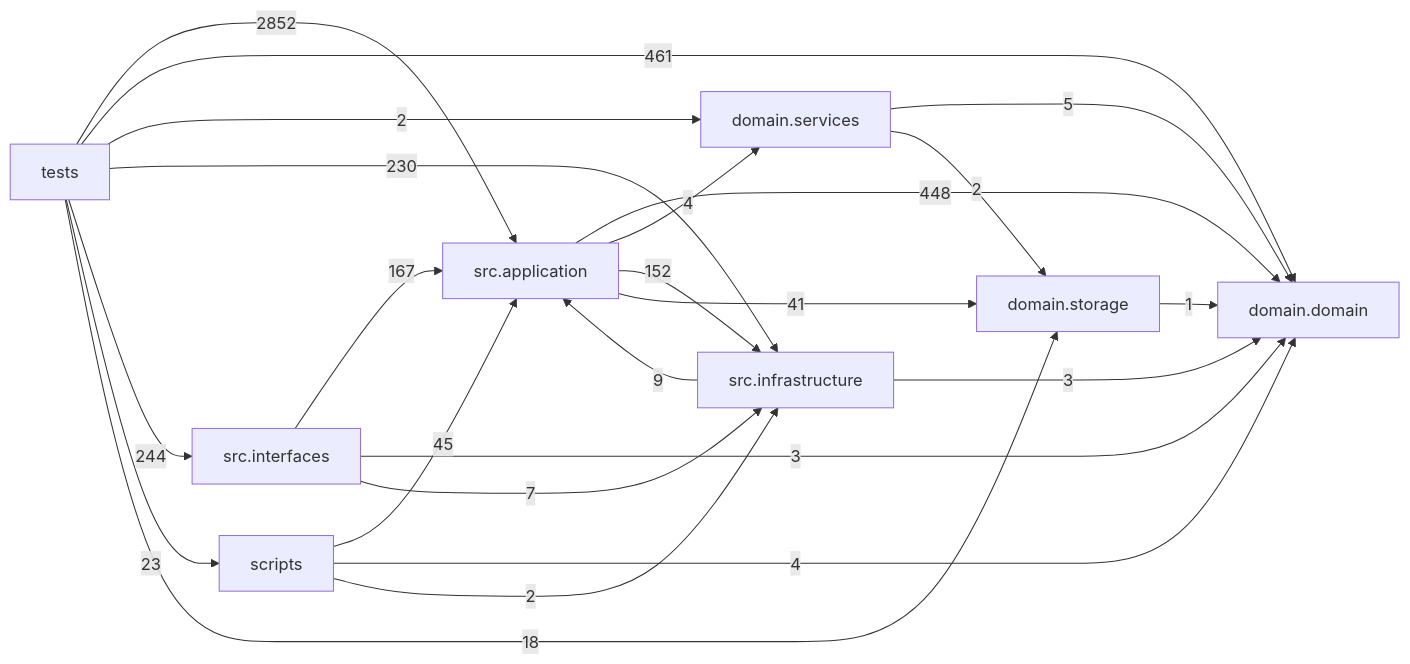
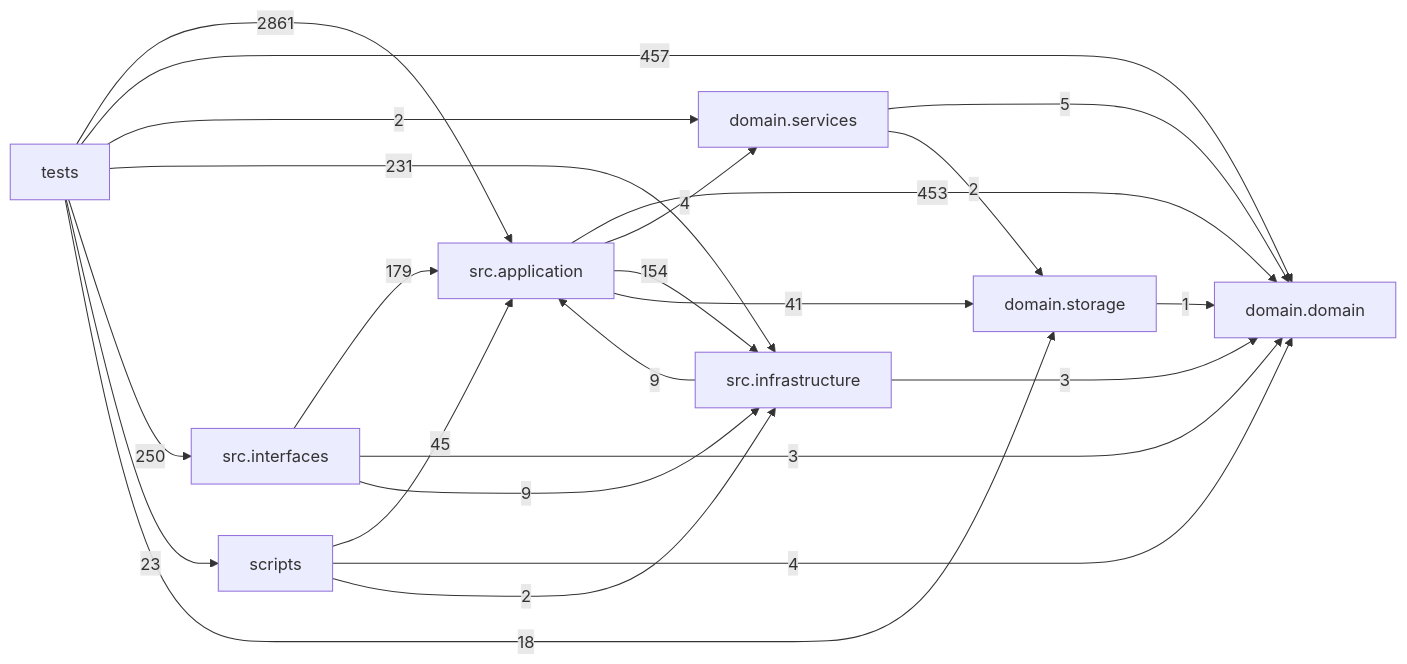
Before and after one commit to liuxie066/options-monitor: the diagram in docs/DEPENDENCY_GRAPH.md, drawn with Mermaid. The commit also changed other lines of this file and 45 other files, not shown here.

````diff
--- a/docs/DEPENDENCY_GRAPH.md
+++ b/docs/DEPENDENCY_GRAPH.md
@@ -24,33 +24,33 @@
 ```mermaid
 flowchart LR
   tests["tests"]
   scripts["scripts"]
   interfaces["src.interfaces"]
   application["src.application"]
   infrastructure["src.infrastructure"]
   domain_services["domain.services"]
   domain["domain.domain"]
   storage["domain.storage"]
-  application -->|448| domain
+  application -->|453| domain
   application -->|4| domain_services
-  application -->|152| infrastructure
+  application -->|154| infrastructure
   application -->|41| storage
   domain_services -->|5| domain
   domain_services -->|2| storage
   infrastructure -->|9| application
   infrastructure -->|3| domain
-  interfaces -->|167| application
+  interfaces -->|179| application
   interfaces -->|3| domain
-  interfaces -->|7| infrastructure
+  interfaces -->|9| infrastructure
   scripts -->|45| application
   scripts -->|4| domain
   scripts -->|2| infrastructure
   storage -->|1| domain
-  tests -->|2852| application
-  tests -->|461| domain
+  tests -->|2861| application
+  tests -->|457| domain
   tests -->|2| domain_services
-  tests -->|230| infrastructure
-  tests -->|244| interfaces
+  tests -->|231| infrastructure
+  tests -->|250| interfaces
   tests -->|23| scripts
   tests -->|18| storage
 ```
````
